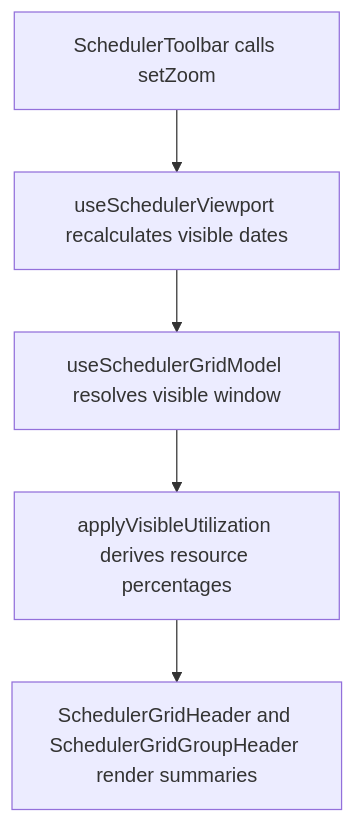
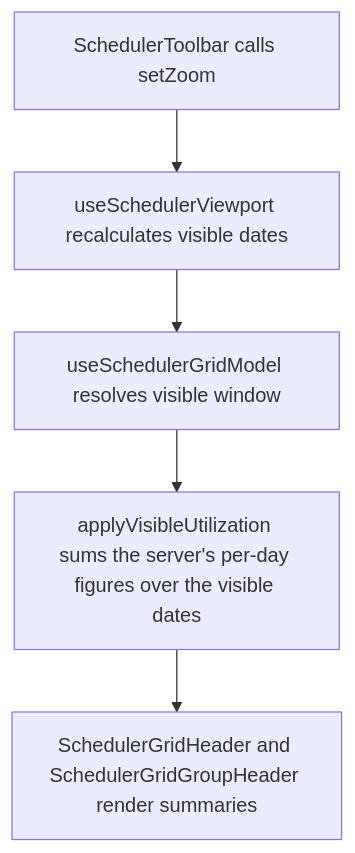
Before and after one commit to Kevinjohn/capacitylens: the second of 2 diagrams in user-stories/scheduler/US-SCH-14-utilisation-summary.md, drawn with Mermaid. The commit also changed 59 other files, not shown here.

First line of the commit message:
Draw the server's capacity figures in the scheduler and overview

````diff
--- a/user-stories/scheduler/US-SCH-14-utilisation-summary.md
+++ b/user-stories/scheduler/US-SCH-14-utilisation-summary.md
@@ -34,7 +34,7 @@
 ```mermaid
 flowchart TD
   A["SchedulerToolbar calls setZoom"] --> B["useSchedulerViewport recalculates visible dates"]
   B --> C["useSchedulerGridModel resolves visible window"]
-  C --> D["applyVisibleUtilization derives resource percentages"]
+  C --> D["applyVisibleUtilization sums the server's per-day figures over the visible dates"]
   D --> E["SchedulerGridHeader and SchedulerGridGroupHeader render summaries"]
 ```
````
